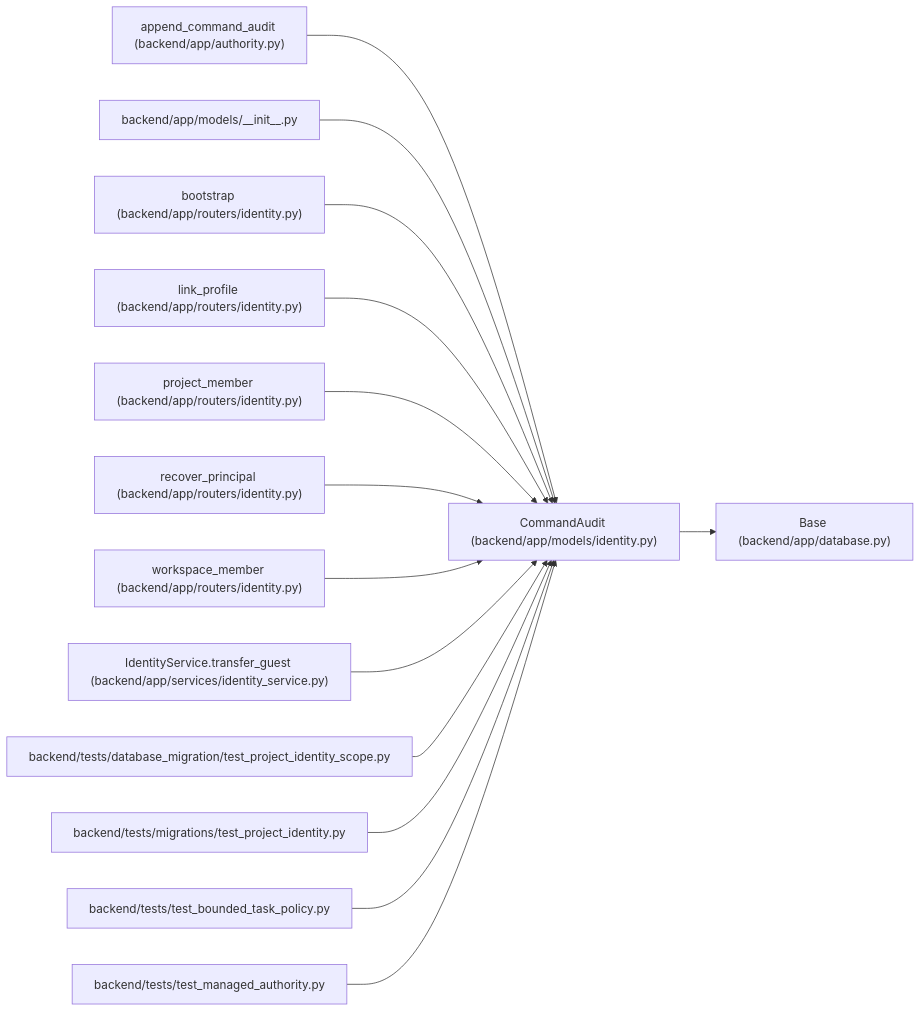
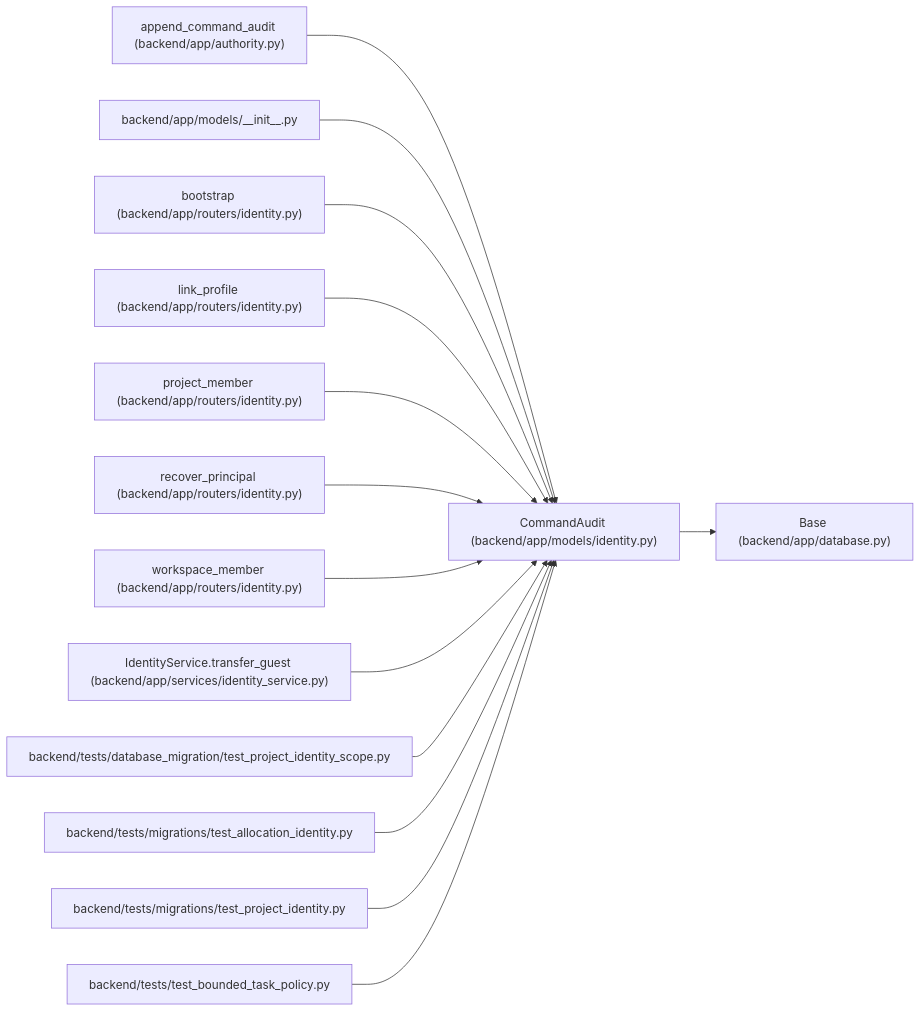
One commit to Denissvgn/WorkChord changed the diagram in docs/llm_wiki/entities/CommandAudit.md. Above: the diagram before and after it, drawn with Mermaid. The commit also changed other lines of this file and 658 other files, not shown here.

````diff
--- a/docs/llm_wiki/entities/CommandAudit.md
+++ b/docs/llm_wiki/entities/CommandAudit.md
@@ -33,44 +33,44 @@
 ```mermaid
 flowchart LR
     n0["CommandAudit (backend/app/models/identity.py)"]
     n1["Base (backend/app/database.py)"]
     n2["append_command_audit (backend/app/authority.py)"]
     n3["backend/app/models/__init__.py"]
     n4["bootstrap (backend/app/routers/identity.py)"]
     n5["link_profile (backend/app/routers/identity.py)"]
     n6["project_member (backend/app/routers/identity.py)"]
     n7["recover_principal (backend/app/routers/identity.py)"]
     n8["workspace_member (backend/app/routers/identity.py)"]
     n9["IdentityService.transfer_guest (backend/app/services/identity_service.py)"]
     n10["backend/tests/database_migration/test_project_identity_scope.py"]
-    n11["backend/tests/migrations/test_project_identity.py"]
-    n12["backend/tests/test_bounded_task_policy.py"]
-    n13["backend/tests/test_managed_authority.py"]
+    n11["backend/tests/migrations/test_allocation_identity.py"]
+    n12["backend/tests/migrations/test_project_identity.py"]
+    n13["backend/tests/test_bounded_task_policy.py"]
     n0 --> n1
     n2 --> n0
     n3 --> n0
     n4 --> n0
     n5 --> n0
     n6 --> n0
     n7 --> n0
     n8 --> n0
     n9 --> n0
     n10 --> n0
     n11 --> n0
     n12 --> n0
     n13 --> n0
     click n0 "../modules/models_identity.md"
     click n1 "../modules/app_database.md"
     click n2 "../modules/authority.md"
     click n3 "../modules/models___init__.md"
     click n4 "../modules/routers_identity.md"
     click n5 "../modules/routers_identity.md"
     click n6 "../modules/routers_identity.md"
     click n7 "../modules/routers_identity.md"
     click n8 "../modules/routers_identity.md"
     click n9 "../modules/identity_service.md"
     click n10 "../modules/test_project_identity_scope.md"
-    click n11 "../modules/test_project_identity.md"
-    click n12 "../modules/test_bounded_task_policy.md"
-    click n13 "../modules/test_managed_authority.md"
+    click n11 "../modules/test_allocation_identity.md"
+    click n12 "../modules/test_project_identity.md"
+    click n13 "../modules/test_bounded_task_policy.md"
 ```
````
